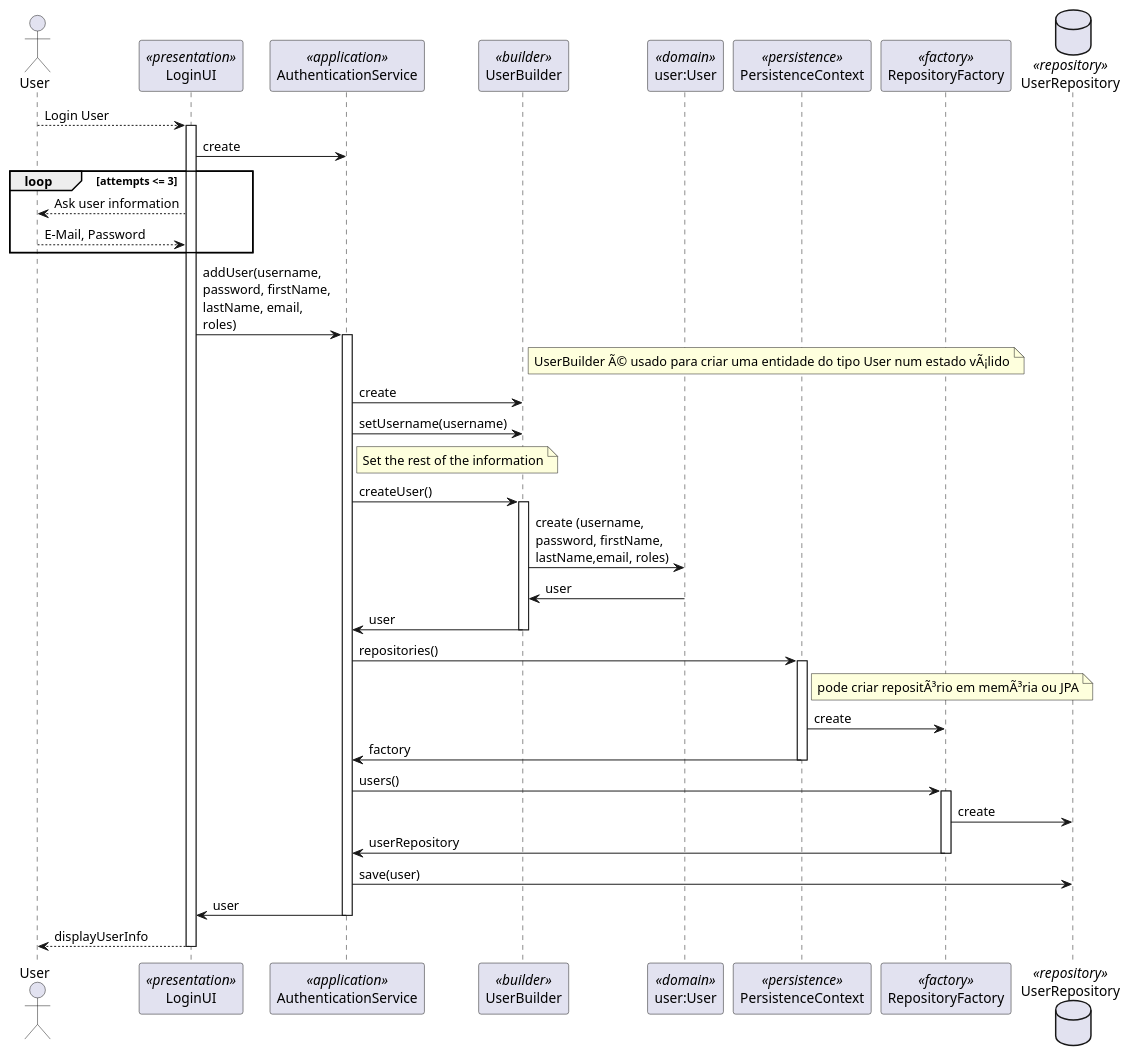
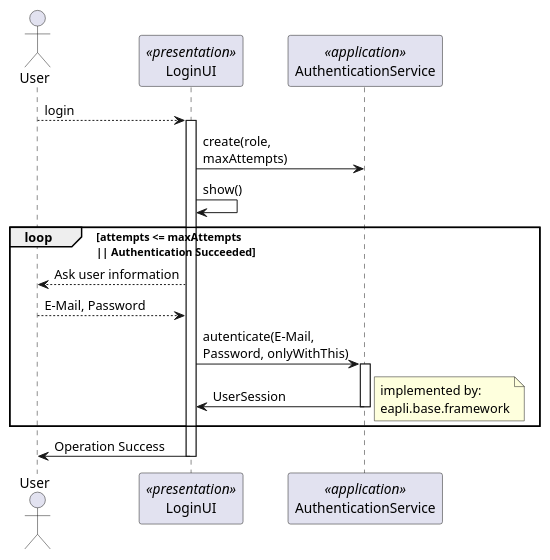
The diagram in docs/us_g006/loginSD.puml (jovami/isep-lapr4), drawn with PlantUML before and after one commit.

Commit message:
docs(us_g006): fix sequence diagram

```diff
--- a/docs/us_g006/loginSD.puml
+++ b/docs/us_g006/loginSD.puml
@@ -1,65 +1,37 @@
 @startuml
 'http://plantuml.com/skinparam.html
 
 
 
 actor User as Actor
 participant LoginUI as UI <<presentation>>
-participant AuthenticationService as Controller <<application>>
-participant UserBuilder as Builder <<builder>>
-participant "user:User" as Domain <<domain>>
-participant PersistenceContext as Persistence <<persistence>>
-participant RepositoryFactory as Factory <<factory>>
-database UserRepository as Repository <<repository>>
+participant AuthenticationService as AuthServ <<application>>
 
-Actor --> UI: Login User
+
+
+Actor --> UI: login
 activate UI
 
-UI -> Controller: create
-    loop attempts <= 3
+UI -> AuthServ: create(role,\nmaxAttempts)
 
-               UI --> Actor: Ask user information
-            Actor --> UI: E-Mail, Password
+UI -> UI: show()
+
+loop attempts <= maxAttempts \n|| Authentication Succeeded
+
+    UI --> Actor: Ask user information
+    Actor --> UI: E-Mail, Password
+
+
+
+    UI -> AuthServ: autenticate(E-Mail, \nPassword, onlyWithThis)
+    activate AuthServ
+    
+    AuthServ -> UI: UserSession
+    note right: implemented by: \neapli.base.framework
+    deactivate AuthServ
+
     end
+    UI -> Actor: Operation Success
 
-    UI -> Controller: addUser(username, \npassword, firstName,\nlastName, email, \nroles)
-    activate Controller
-        note right of Builder:UserBuilder Ã© usado para criar uma entidade do tipo User num estado vÃ¡lido
-        Controller -> Builder: create
-        Controller -> Builder:setUsername(username)
-
-        note right of Controller: Set the rest of the information
-
-        'Controller -> Builder:setPassword(password)
-        'Controller -> Builder:setFirstName(firstName)
-        'Controller -> Builder:setLastName(lastName)
-        'Controller -> Builder:setEmail(email)
-        'Controller -> Builder:setRoles(roles)
-
-        Controller -> Builder:createUser()
-        activate Builder
-            Builder -> Domain: create (username,\npassword, firstName,\nlastName,email, roles)
-            Domain->Builder: user
-            Builder -> Controller:user
-        deactivate Builder
-
-        Controller -> Persistence: repositories()
-        activate Persistence
-            note right of Persistence: pode criar repositÃ³rio em memÃ³ria ou JPA
-            Persistence -> Factory: create
-            Persistence -> Controller: factory
-        deactivate Persistence
-
-        Controller -> Factory: users()
-        activate Factory
-            Factory -> Repository: create
-            Factory -> Controller: userRepository
-        deactivate Factory
-
-        Controller->Repository:save(user)
-        Controller->UI: user
-    deactivate Controller
-
-        UI-->Actor: displayUserInfo
-deactivate UI
-@enduml
+    deactivate UI
+    @enduml
```
